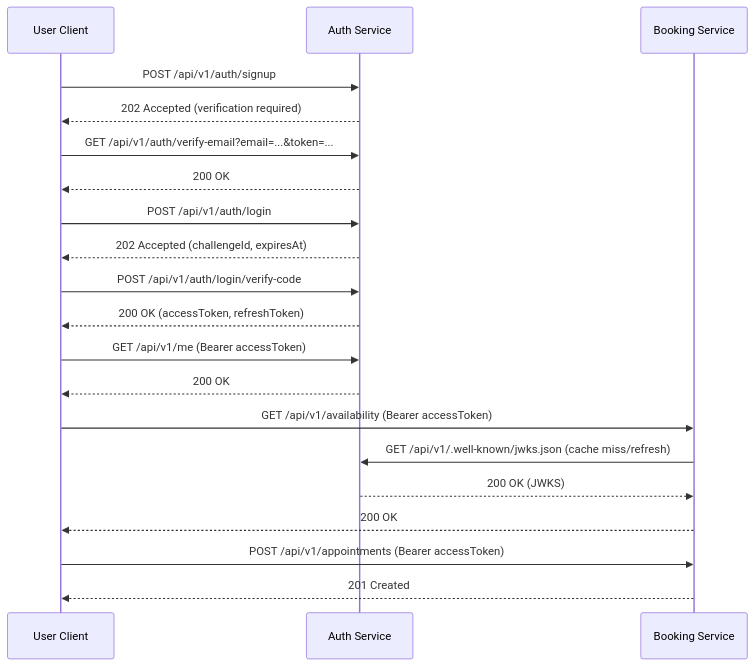
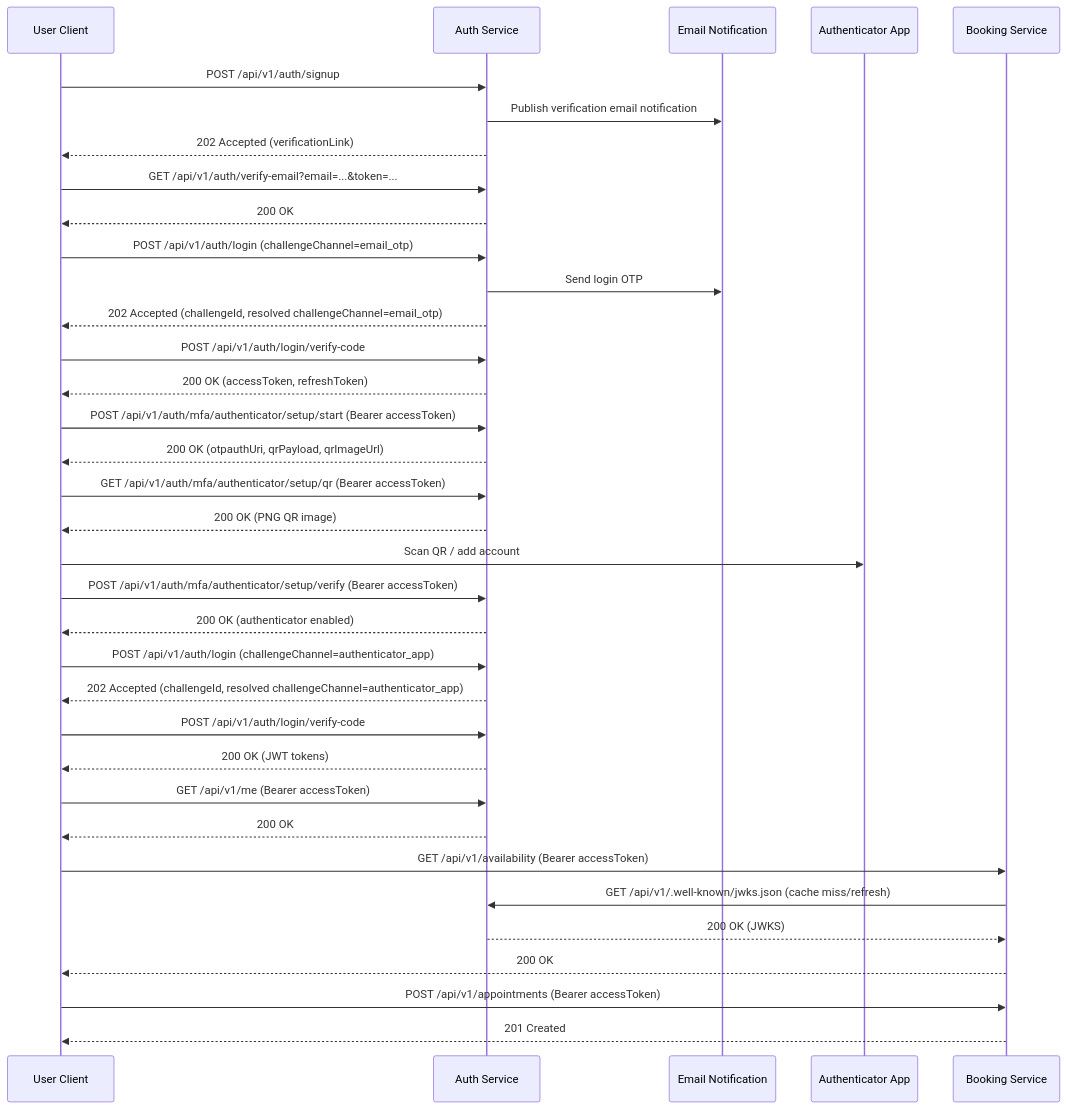
One commit to haudtech/vehicle-service-booking changed the second of 2 diagrams in docs/FEATURES/AUTHENTICATION_INTEGRATION/USER_WORKFLOW_SIGNUP_TO_APPOINTMENT_WITH_AUTH.md. Above: the diagram before and after it, drawn with Mermaid.

Commit message:
- Update docs

````diff
--- a/docs/FEATURES/AUTHENTICATION_INTEGRATION/USER_WORKFLOW_SIGNUP_TO_APPOINTMENT_WITH_AUTH.md
+++ b/docs/FEATURES/AUTHENTICATION_INTEGRATION/USER_WORKFLOW_SIGNUP_TO_APPOINTMENT_WITH_AUTH.md
@@ -47,29 +47,49 @@
 ```mermaid
 sequenceDiagram
     participant U as User Client
     participant A as Auth Service
+    participant Mail as Email Notification
+    participant App as Authenticator App
     participant B as Booking Service
 
     U->>A: POST /api/v1/auth/signup
-    A-->>U: 202 Accepted (verification required)
+    A->>Mail: Publish verification email notification
+    A-->>U: 202 Accepted (verificationLink)
 
     U->>A: GET /api/v1/auth/verify-email?email=...&token=...
     A-->>U: 200 OK
 
-    U->>A: POST /api/v1/auth/login
-    A-->>U: 202 Accepted (challengeId, expiresAt)
+    U->>A: POST /api/v1/auth/login (challengeChannel=email_otp)
+    A->>Mail: Send login OTP
+    A-->>U: 202 Accepted (challengeId, resolved challengeChannel=email_otp)
 
     U->>A: POST /api/v1/auth/login/verify-code
     A-->>U: 200 OK (accessToken, refreshToken)
+
+    U->>A: POST /api/v1/auth/mfa/authenticator/setup/start (Bearer accessToken)
+    A-->>U: 200 OK (otpauthUri, qrPayload, qrImageUrl)
+
+    U->>A: GET /api/v1/auth/mfa/authenticator/setup/qr (Bearer accessToken)
+    A-->>U: 200 OK (PNG QR image)
+
+    U->>App: Scan QR / add account
+    U->>A: POST /api/v1/auth/mfa/authenticator/setup/verify (Bearer accessToken)
+    A-->>U: 200 OK (authenticator enabled)
+
+    U->>A: POST /api/v1/auth/login (challengeChannel=authenticator_app)
+    A-->>U: 202 Accepted (challengeId, resolved challengeChannel=authenticator_app)
+
+    U->>A: POST /api/v1/auth/login/verify-code
+    A-->>U: 200 OK (JWT tokens)
 
     U->>A: GET /api/v1/me (Bearer accessToken)
     A-->>U: 200 OK
 
     U->>B: GET /api/v1/availability (Bearer accessToken)
     B->>A: GET /api/v1/.well-known/jwks.json (cache miss/refresh)
     A-->>B: 200 OK (JWKS)
     B-->>U: 200 OK
 
     U->>B: POST /api/v1/appointments (Bearer accessToken)
     B-->>U: 201 Created
 ```
````
